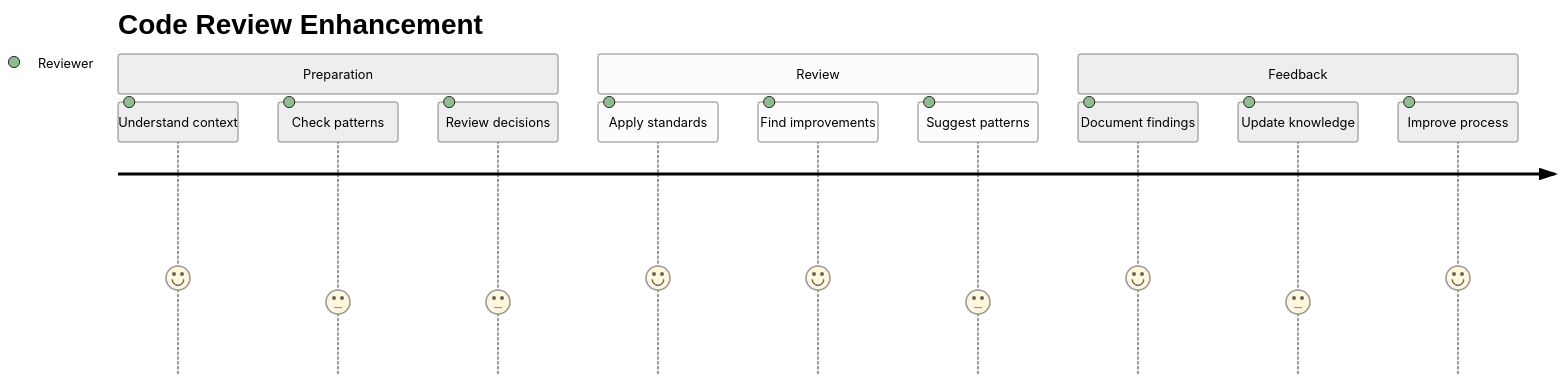
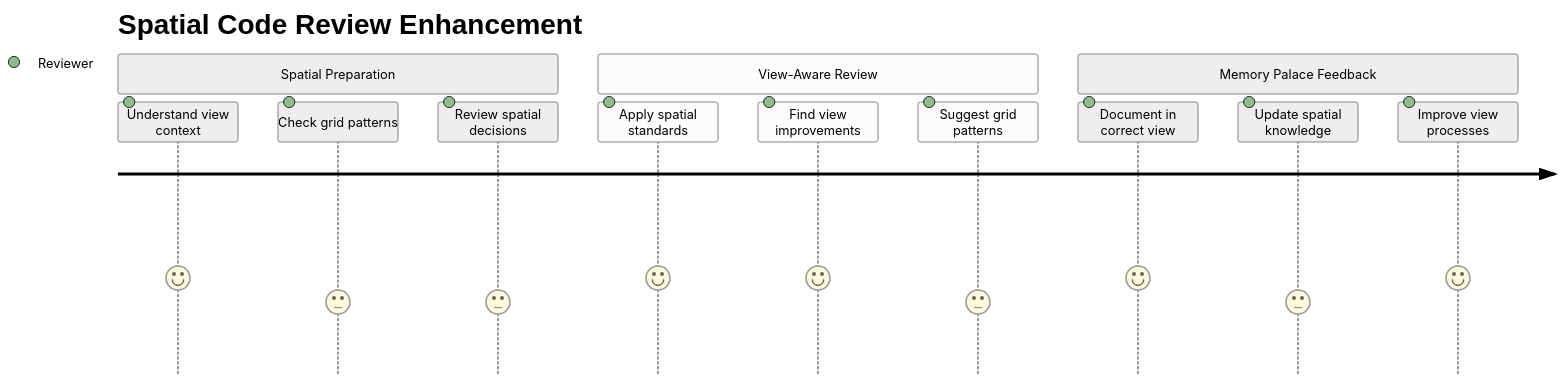
The fourth of 6 diagrams in docs/tool-workflows/user-journeys.md (a24z-ai/a24z-memory), drawn with Mermaid (neutral theme) before and after one commit. The commit also changed other lines of this file and 71 other files, not shown here.

````diff
--- a/docs/tool-workflows/user-journeys.md
+++ b/docs/tool-workflows/user-journeys.md
@@ -62,16 +62,16 @@
 ```mermaid
 journey
-    title Code Review Enhancement
-    section Preparation
-        Understand context: 4: Reviewer
-        Check patterns: 3: Reviewer
-        Review decisions: 3: Reviewer
-    section Review
-        Apply standards: 4: Reviewer
-        Find improvements: 4: Reviewer
-        Suggest patterns: 3: Reviewer
-    section Feedback
-        Document findings: 4: Reviewer
-        Update knowledge: 3: Reviewer
-        Improve process: 4: Reviewer
+    title Spatial Code Review Enhancement
+    section Spatial Preparation
+        Understand view context: 4: Reviewer
+        Check grid patterns: 3: Reviewer
+        Review spatial decisions: 3: Reviewer
+    section View-Aware Review
+        Apply spatial standards: 4: Reviewer
+        Find view improvements: 4: Reviewer
+        Suggest grid patterns: 3: Reviewer
+    section Memory Palace Feedback
+        Document in correct view: 4: Reviewer
+        Update spatial knowledge: 3: Reviewer
+        Improve view processes: 4: Reviewer
 ```
````
